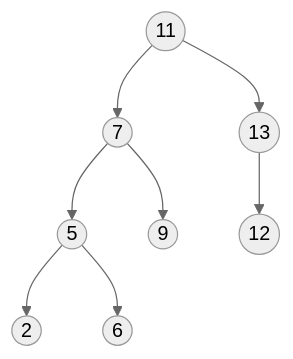
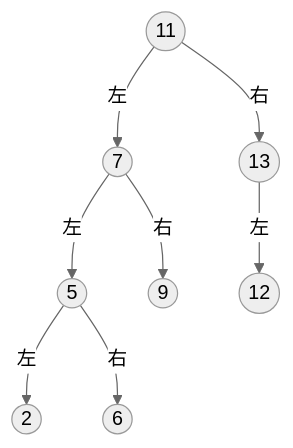
One commit to Myyura/the_kai_project changed the fourth of 5 diagrams in docs/nagoya-university/informatics/complex/2024/complex_202308_info_3.md. Above: the diagram before and after it, drawn with Mermaid (neutral theme). The commit also changed other lines of this file and 1198 other files, not shown here.

````diff
--- a/docs/nagoya-university/informatics/complex/2024/complex_202308_info_3.md
+++ b/docs/nagoya-university/informatics/complex/2024/complex_202308_info_3.md
@@ -141,19 +148,19 @@
 ```mermaid
 flowchart TD
     n11((11))
     n7((7))
     n13((13))
     n5((5))
     n9((9))
     n2((2))
     n6((6))
     n12((12))
 
-    n11 --> n7
-    n11 --> n13
-    n7 --> n5
-    n7 --> n9
-    n5 --> n2
-    n5 --> n6
-    n13 --> n12
+    n11 -->|左| n7
+    n11 -->|右| n13
+    n7 -->|左| n5
+    n7 -->|右| n9
+    n5 -->|左| n2
+    n5 -->|右| n6
+    n13 -->|左| n12
 ```
````
